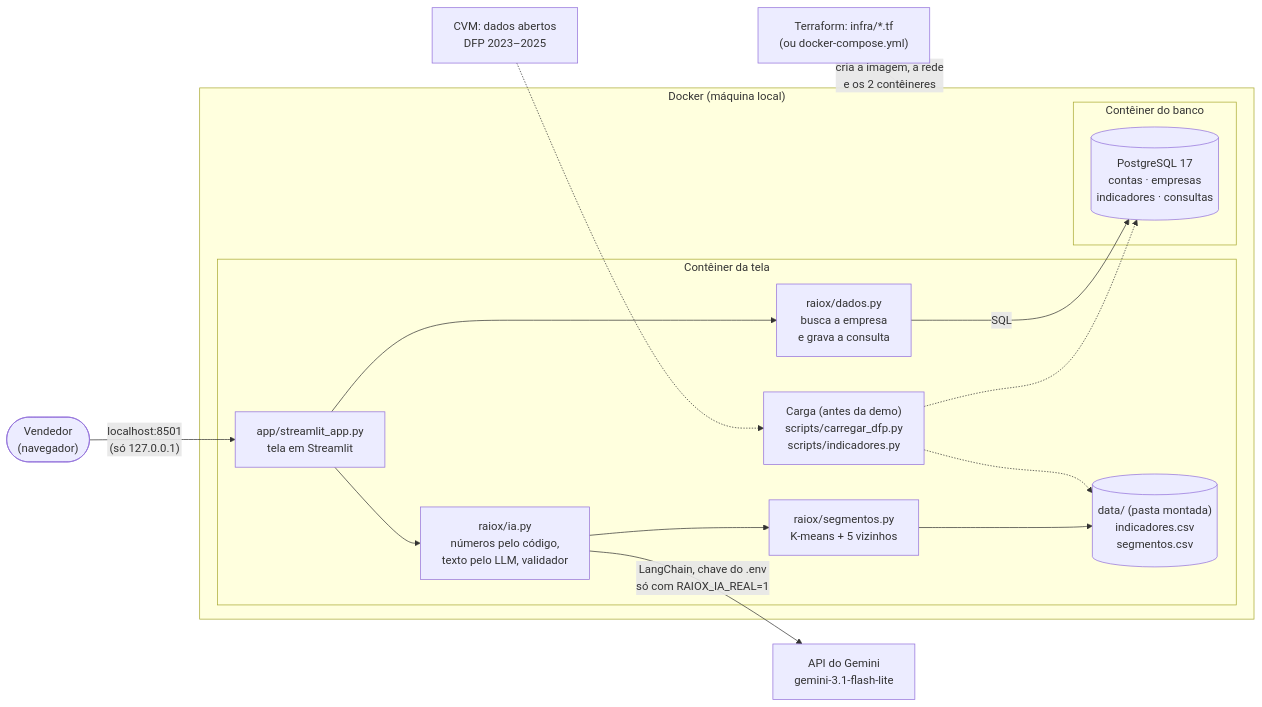
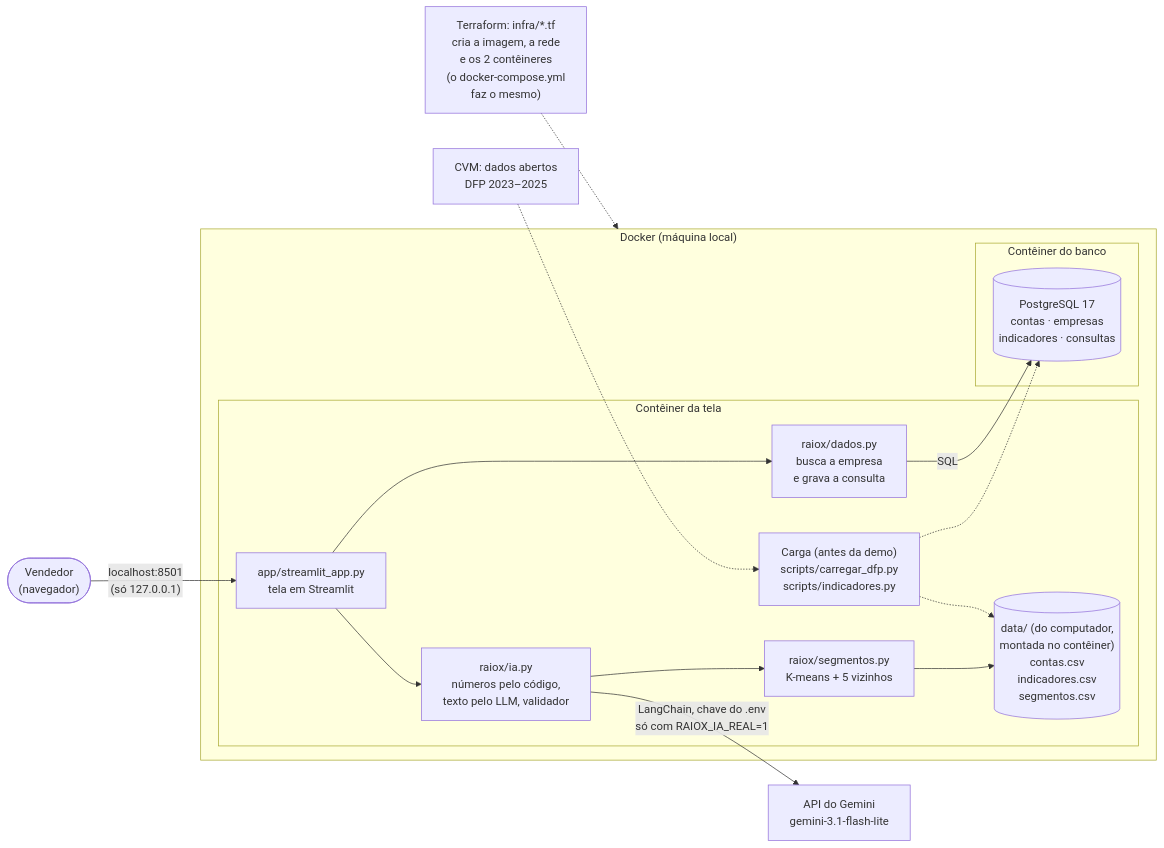
The diagram in README.md (MiguelGrispan/trabalho-tcs), drawn with Mermaid before and after one commit. The commit also changed other lines of this file and 4 other files, not shown here.

Commit message:
Achados do revisor no PR #55: seta do Terraform visível, data/ como pasta do computador, Terraform como a infraestrutura exigida, R9 em 🟡; issues #56 e #57

````diff
--- a/README.md
+++ b/README.md
@@ -35,35 +35,35 @@
 ```mermaid
 %% Mudou o diagrama? Gere de novo o docs/arquitetura.png: cole este bloco em mermaid.live e exporte em PNG.
 flowchart LR
     vendedor(["Vendedor<br/>(navegador)"])
-    iac["Terraform: infra/*.tf<br/>(ou docker-compose.yml)"]
+    iac["Terraform: infra/*.tf<br/>cria a imagem, a rede<br/>e os 2 contêineres<br/>(o docker-compose.yml<br/>faz o mesmo)"]
 
     subgraph pc["Docker (máquina local)"]
         subgraph tela["Contêiner da tela"]
             app["app/streamlit_app.py<br/>tela em Streamlit"]
             dados["raiox/dados.py<br/>busca a empresa<br/>e grava a consulta"]
             ia["raiox/ia.py<br/>números pelo código,<br/>texto pelo LLM, validador"]
             seg["raiox/segmentos.py<br/>K-means + 5 vizinhos"]
-            pasta[("data/ (pasta montada)<br/>indicadores.csv<br/>segmentos.csv")]
+            pasta[("data/ (do computador,<br/>montada no contêiner)<br/>contas.csv<br/>indicadores.csv<br/>segmentos.csv")]
             carga["Carga (antes da demo)<br/>scripts/carregar_dfp.py<br/>scripts/indicadores.py"]
         end
         subgraph banco["Contêiner do banco"]
             pg[("PostgreSQL 17<br/>contas · empresas<br/>indicadores · consultas")]
         end
     end
 
     gemini["API do Gemini<br/>gemini-3.1-flash-lite"]
     cvm["CVM: dados abertos<br/>DFP 2023–2025"]
 
     vendedor -- "localhost:8501<br/>(só 127.0.0.1)" --> app
     app --> dados
     dados -- "SQL" --> pg
     cvm -.-> carga
     carga -.-> pg
     carga -.-> pasta
     app --> ia
     ia --> seg
     seg --> pasta
     ia -- "LangChain, chave do .env<br/>só com RAIOX_IA_REAL=1" --> gemini
-    iac -. "cria a imagem, a rede<br/>e os 2 contêineres" .-> pc
+    iac -..-> pc
 ```
````
